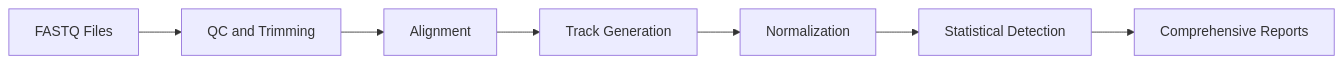
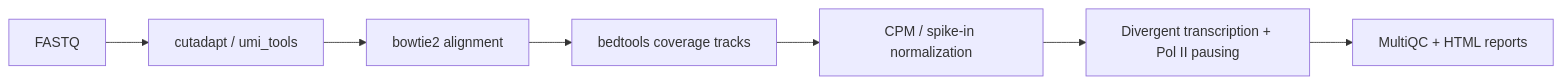
The diagram in README.md (SerhatAktay/TrackTx), drawn with Mermaid before and after one commit. The commit also changed other lines of this file and 4 other files, not shown here.

````diff
--- a/README.md
+++ b/README.md
@@ -169,9 +32,9 @@
 ```mermaid
 graph LR
-    A[FASTQ Files] --> B[QC and Trimming]
-    B --> C[Alignment]
-    C --> D[Track Generation]
-    D --> E[Normalization]
-    E --> F[Statistical Detection]
-    F --> G[Comprehensive Reports]
+    A[FASTQ] --> B[cutadapt / umi_tools]
+    B --> C[bowtie2 alignment]
+    C --> D[bedtools coverage tracks]
+    D --> E[CPM / spike-in normalization]
+    E --> F[Divergent transcription + Pol II pausing]
+    F --> G[MultiQC + HTML reports]
 ```
````
